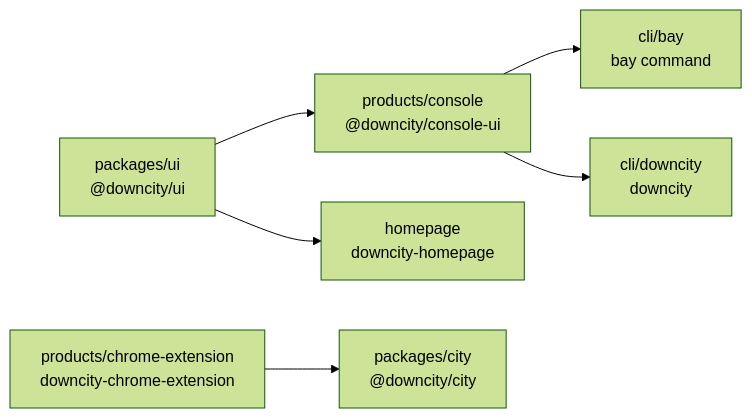
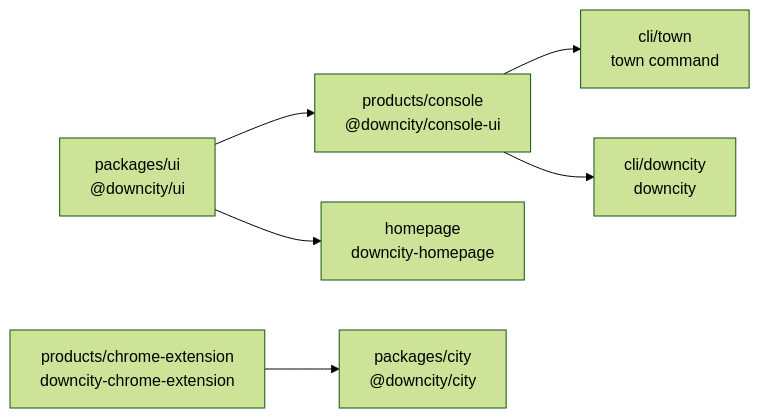
The second of 4 diagrams in homepage/content/devdocs/zh/architecture/workspace-package-structure.mdx (wangenius/downcity), drawn with Mermaid (forest theme) before and after one commit. The commit also changed other lines of this file and 1247 other files, not shown here.

````diff
--- a/homepage/content/devdocs/zh/architecture/workspace-package-structure.mdx
+++ b/homepage/content/devdocs/zh/architecture/workspace-package-structure.mdx
@@ -111,16 +111,16 @@
 ```mermaid
 flowchart LR
     UI["packages/ui<br/>@downcity/ui"]
     Console["products/console<br/>@downcity/console-ui"]
     Homepage["homepage<br/>downcity-homepage"]
-    BayCli["cli/bay<br/>bay command"]
+    BayCli["cli/town<br/>town command"]
     Runtime["packages/city<br/>@downcity/city"]
     CliBundle["cli/downcity<br/>downcity"]
     Extension["products/chrome-extension<br/>downcity-chrome-extension"]
 
     UI --> Console
     UI --> Homepage
     Console --> BayCli
     Console --> CliBundle
     Extension --> Runtime
 ```
````
